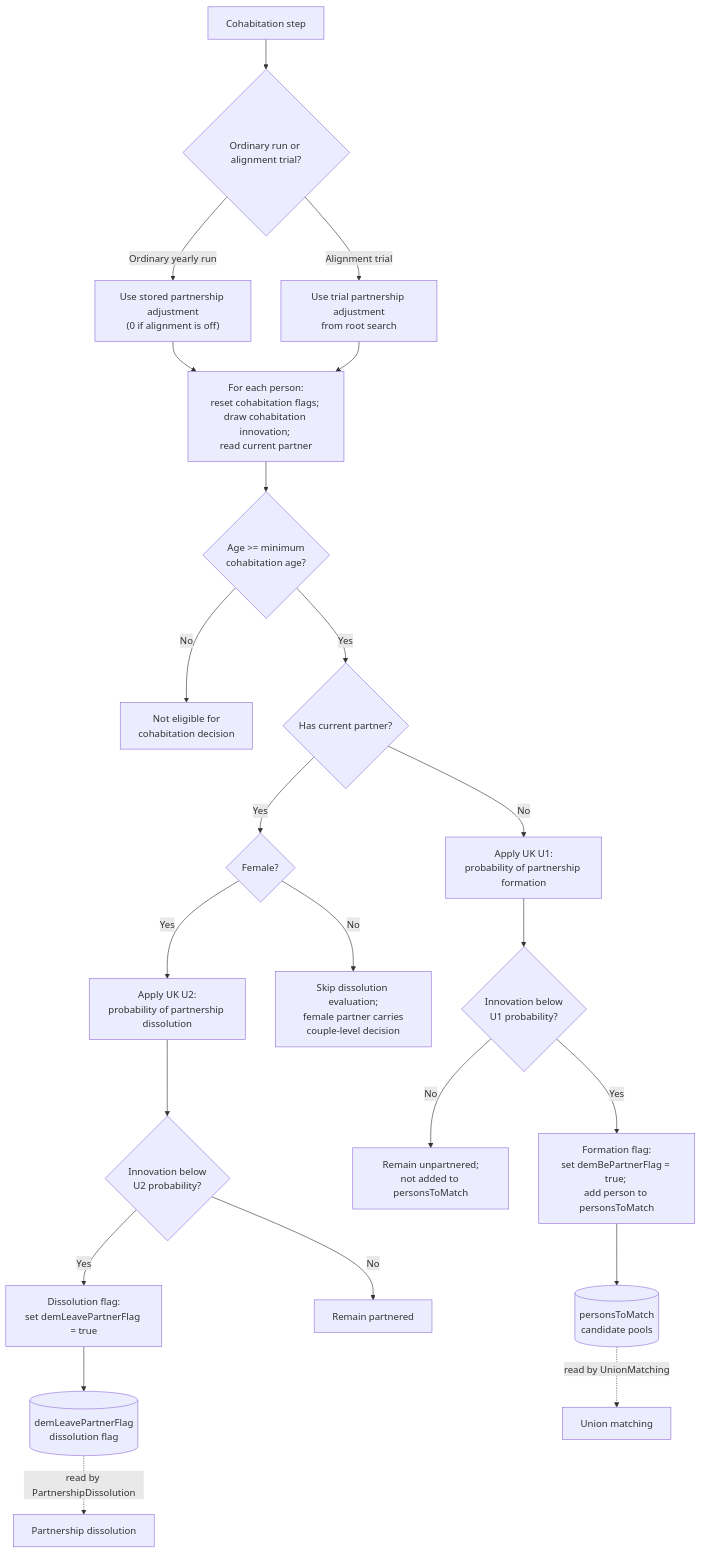
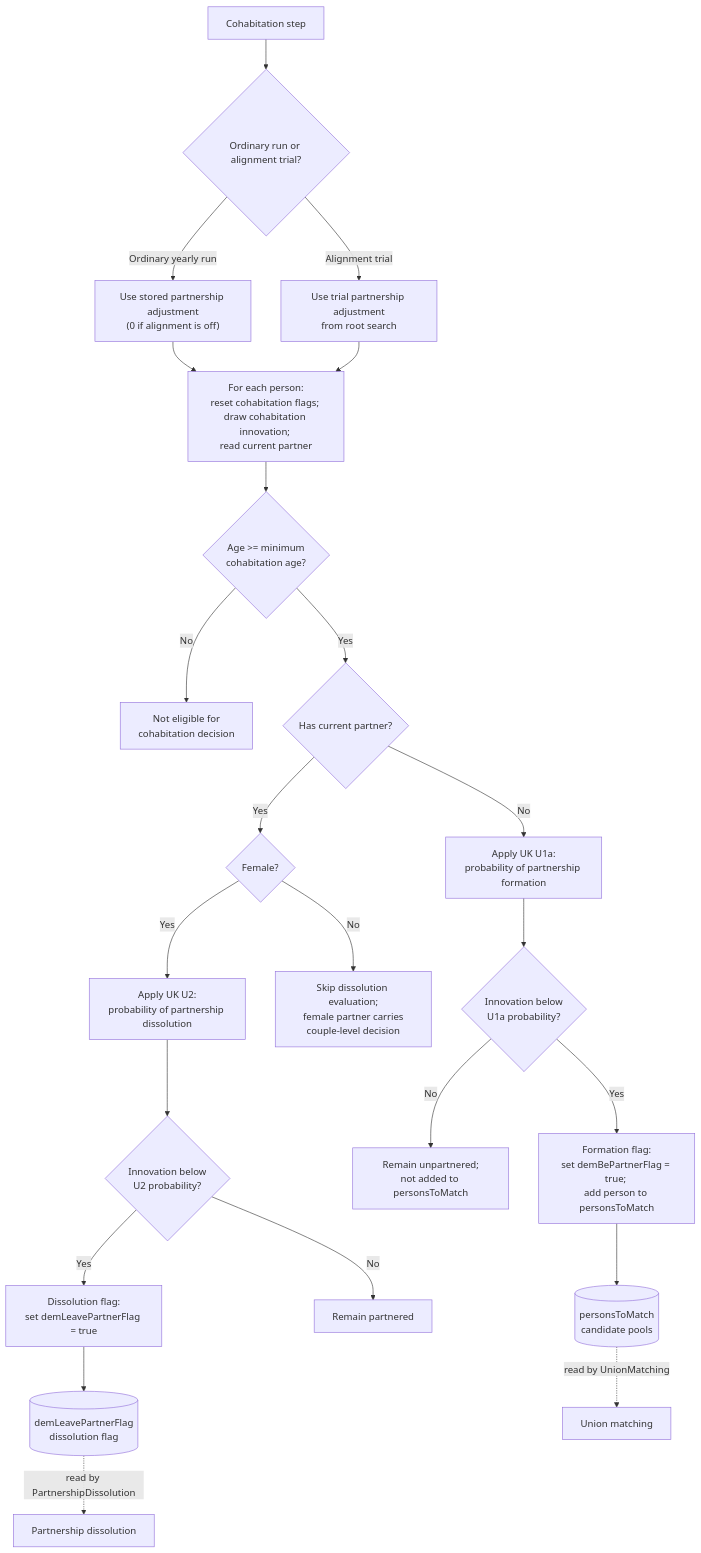
One commit to centreformicrosimulation/SimPaths changed the diagram in documentation/flowcharts/modules/cohabitation.md. Above: the diagram before and after it, drawn with Mermaid. The commit also changed other lines of this file and 2 other files, not shown here.

````diff
--- a/documentation/flowcharts/modules/cohabitation.md
+++ b/documentation/flowcharts/modules/cohabitation.md
@@ -107,27 +107,27 @@
 ```mermaid
 flowchart TD
     A["Cohabitation step"] --> B{"Ordinary run or alignment trial?"}
     B -- Ordinary yearly run --> C["Use stored partnership adjustment<br/>(0 if alignment is off)"]
     B -- Alignment trial --> D["Use trial partnership adjustment<br/>from root search"]
     C --> E["For each person:<br/>reset cohabitation flags; <br/>draw cohabitation innovation; <br/>read current partner"]
     D --> E
 
     E --> F{"Age >= minimum<br/>cohabitation age?"}
     F -- No --> Z["Not eligible for<br/>cohabitation decision"]
     F -- Yes --> H{"Has current partner?"}
-    H -- No --> I["Apply UK U1:<br/>probability of partnership formation"]
-    I --> J{"Innovation below<br/>U1 probability?"}
+    H -- No --> I["Apply UK U1a:<br/>probability of partnership formation"]
+    I --> J{"Innovation below<br/>U1a probability?"}
     J -- Yes --> K["Formation flag:<br/>set demBePartnerFlag = true; <br/>add person to personsToMatch"]
     J -- No --> L["Remain unpartnered;<br/>not added to personsToMatch"]
     H -- Yes --> M{"Female?"}
     M -- No --> N["Skip dissolution evaluation;<br/>female partner carries<br/>couple-level decision"]
     M -- Yes --> O["Apply UK U2:<br/>probability of partnership dissolution"]
     O --> P{"Innovation below<br/>U2 probability?"}
     P -- Yes --> Q["Dissolution flag:<br/>set demLeavePartnerFlag = true"]
     P -- No --> R["Remain partnered"]
 
     K --> K2[("personsToMatch<br/>candidate pools")]
     Q --> Q2[("demLeavePartnerFlag<br/>dissolution flag")]
     K2 -. "read by UnionMatching" .-> UM["Union matching"]
     Q2 -. "read by PartnershipDissolution" .-> PD["Partnership dissolution"]
 ```
````
